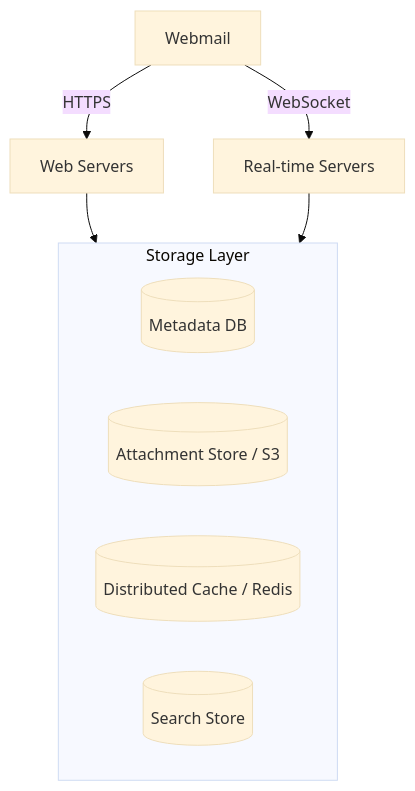
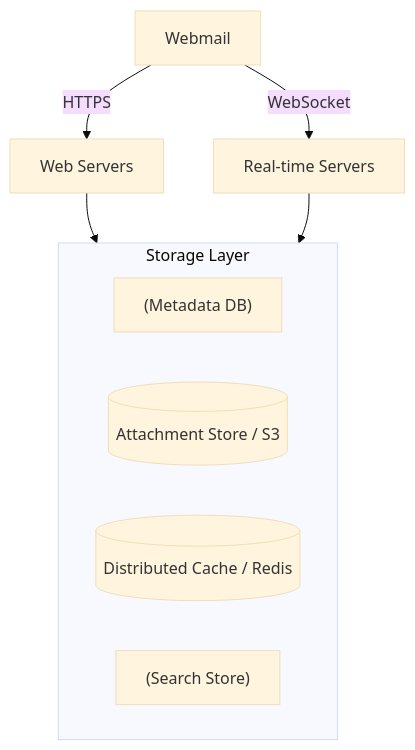
The first of 2 diagrams in files/Book-System-Design-Vol-2/08-distributed-email-service.md (pankajThakur1874/studysheet), drawn with Mermaid (base theme) before and after one commit. The commit also changed 102 other files, not shown here.

Commit message:
Auto-fix Mermaid diagram syntax across all study guides to prevent Syntax Error in Mermaid v10

````diff
--- a/files/Book-System-Design-Vol-2/08-distributed-email-service.md
+++ b/files/Book-System-Design-Vol-2/08-distributed-email-service.md
@@ -53,13 +53,13 @@
 ```mermaid
 flowchart TD
     WM[Webmail] -->|HTTPS| WS[Web Servers]
     WM -->|WebSocket| RTS[Real-time Servers]
     WS --> SL[Storage Layer]
     RTS --> SL
     subgraph SL[Storage Layer]
-      MDB[(Metadata DB)]
-      ATT[(Attachment Store / S3)]
-      DC[(Distributed Cache / Redis)]
-      SS[(Search Store)]
+      MDB["(Metadata DB)"]
+      ATT[("Attachment Store / S3")]
+      DC[("Distributed Cache / Redis")]
+      SS["(Search Store)"]
     end
 ```
````
